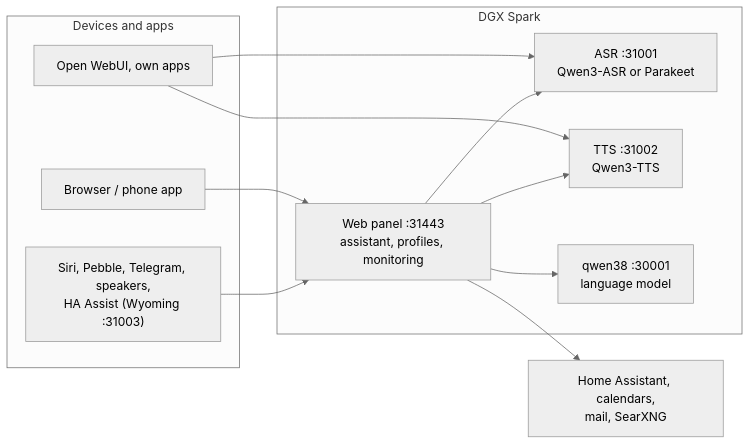
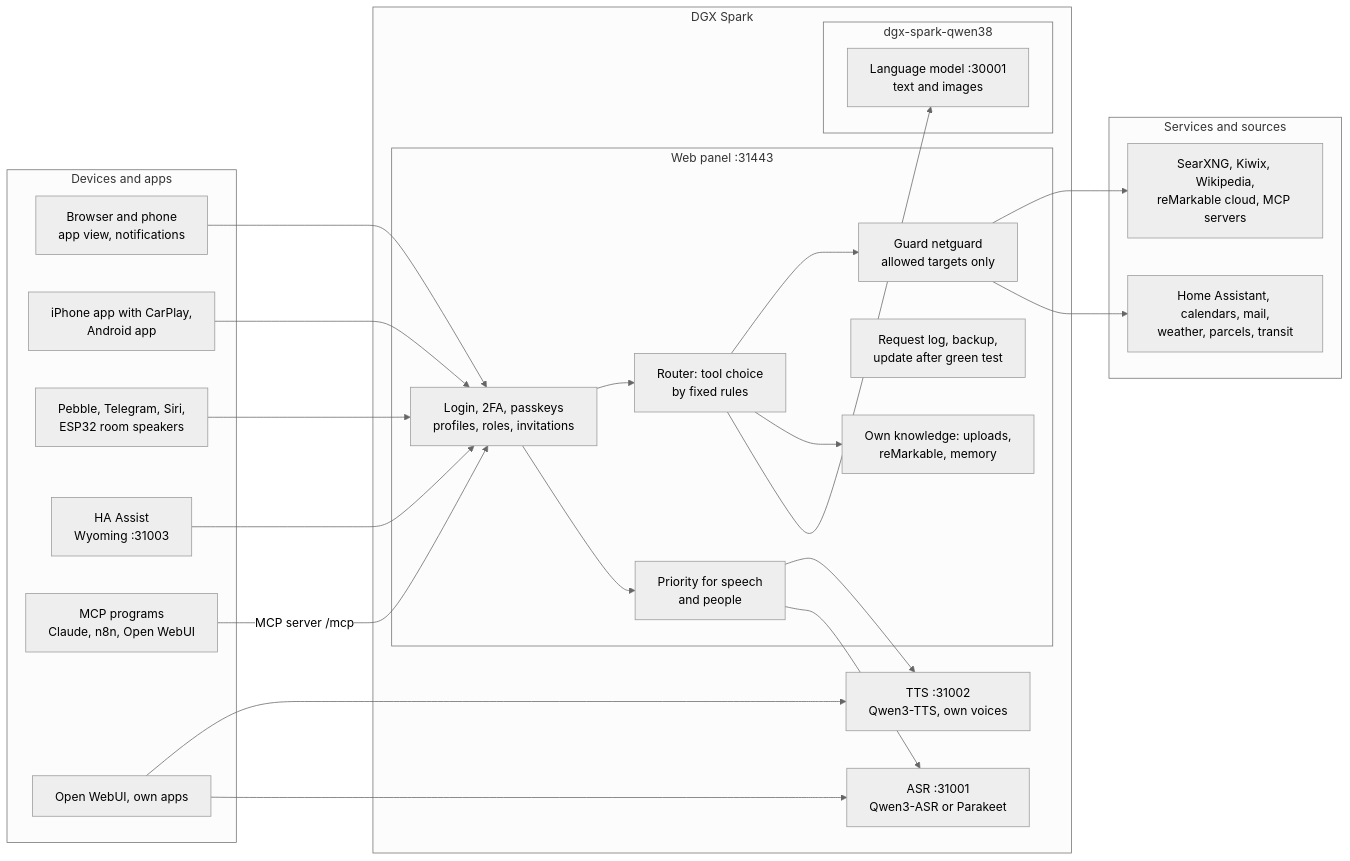
The diagram in README.md (db9979/speech-on-dgx-spark), drawn with Mermaid (neutral theme) before and after one commit. The commit also changed other lines of this file and 3 other files, not shown here.

````diff
--- a/README.md
+++ b/README.md
@@ -51,23 +51,46 @@
 ```mermaid
 flowchart LR
   subgraph Clients["Devices and apps"]
-    B["Browser / phone app"]
+    B["Browser and phone<br/>app view, notifications"]
+    APP["iPhone app with CarPlay,<br/>Android app"]
+    X["Pebble, Telegram, Siri,<br/>ESP32 room speakers"]
+    W["HA Assist<br/>Wyoming :31003"]
+    M["MCP programs<br/>Claude, n8n, Open WebUI"]
     A["Open WebUI, own apps"]
-    X["Siri, Pebble, Telegram, speakers,<br/>HA Assist (Wyoming :31003)"]
   end
   subgraph Spark["DGX Spark"]
-    P["Web panel :31443<br/>assistant, profiles, monitoring"]
+    subgraph P["Web panel :31443"]
+      G["Login, 2FA, passkeys<br/>profiles, roles, invitations"]
+      R["Router: tool choice<br/>by fixed rules"]
+      V["Priority for speech<br/>and people"]
+      K["Own knowledge: uploads,<br/>reMarkable, memory"]
+      LOG["Request log, backup,<br/>update after green test"]
+      S["Guard netguard<br/>allowed targets only"]
+    end
     ASR["ASR :31001<br/>Qwen3-ASR or Parakeet"]
-    TTS["TTS :31002<br/>Qwen3-TTS"]
-    LLM["qwen38 :30001<br/>language model"]
+    TTS["TTS :31002<br/>Qwen3-TTS, own voices"]
+    subgraph Q38["dgx-spark-qwen38"]
+      LLM["Language model :30001<br/>text and images"]
+    end
   end
-  E["Home Assistant, calendars,<br/>mail, SearXNG"]
-  B --> P
-  X --> P
+  subgraph Out["Services and sources"]
+    E["Home Assistant, calendars, mail,<br/>weather, parcels, transit"]
+    Q["SearXNG, Kiwix, Wikipedia,<br/>reMarkable cloud, MCP servers"]
+  end
+  B --> G
+  APP --> G
+  X --> G
+  W --> G
+  M -->|"MCP server /mcp"| G
   A --> ASR
   A --> TTS
-  P --> ASR
-  P --> LLM
-  P --> TTS
-  P --> E
+  G --> V
+  G --> R
+  V --> ASR
+  V --> TTS
+  R --> LLM
+  R --> K
+  R --> S
+  S --> E
+  S --> Q
 ```
````
